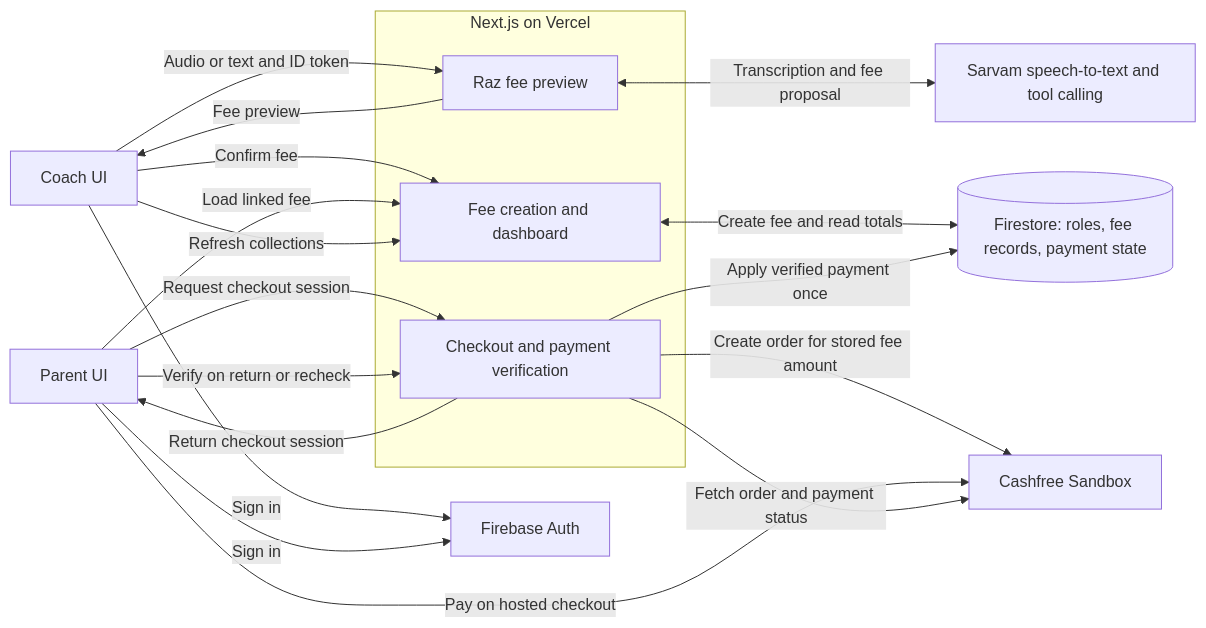
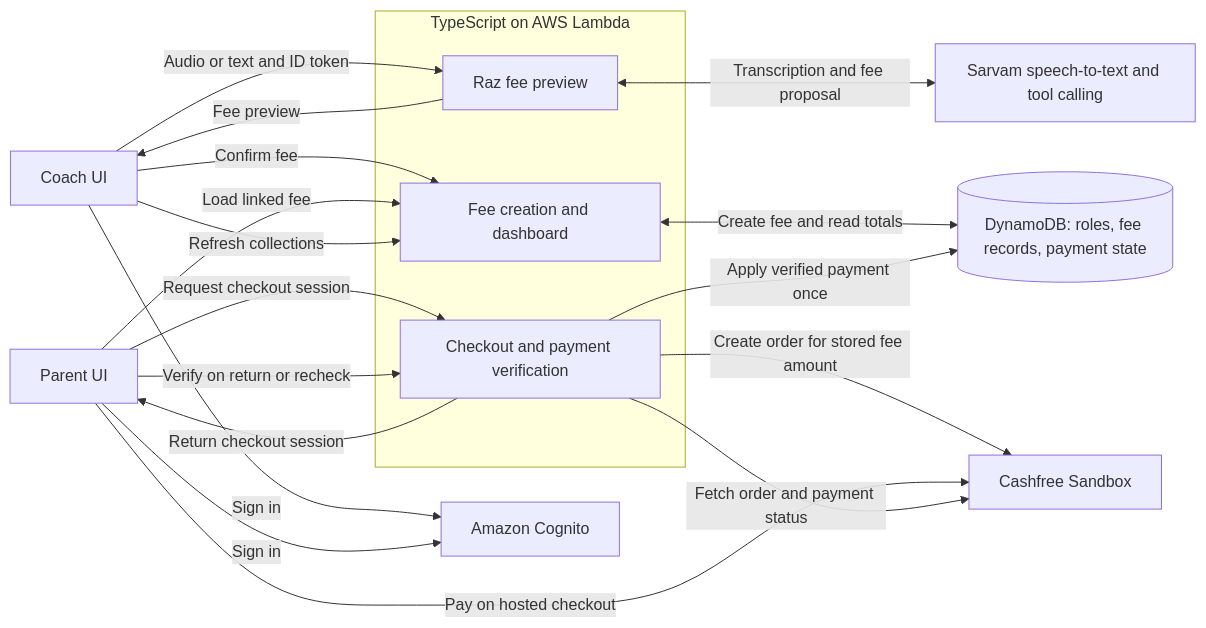
The second of 3 diagrams in docs/ARCHITECTURE.md (Srikanth-2004/Cleansheet), drawn with Mermaid before and after one commit. The commit also changed other lines of this file and 34 other files, not shown here.

Commit message:
feat: scaffold TypeScript AWS Lambda backend

````diff
--- a/docs/ARCHITECTURE.md
+++ b/docs/ARCHITECTURE.md
@@ -27,33 +27,33 @@
 ```mermaid
 flowchart LR
     Coach["Coach UI"]
     Parent["Parent UI"]
-    Auth["Firebase Auth"]
+    Auth["Amazon Cognito"]
 
-    subgraph App["Next.js on Vercel"]
+    subgraph App["TypeScript on AWS Lambda"]
         Raz["Raz fee preview"]
         Fees["Fee creation and dashboard"]
         Payment["Checkout and payment verification"]
     end
 
     Sarvam["Sarvam speech-to-text and tool calling"]
-    DB[("Firestore: roles, fee records, payment state")]
+    DB[("DynamoDB: roles, fee records, payment state")]
     Cashfree["Cashfree Sandbox"]
 
     Coach -->|Sign in| Auth
     Parent -->|Sign in| Auth
     Coach -->|Audio or text and ID token| Raz
     Raz <-->|Transcription and fee proposal| Sarvam
     Raz -->|Fee preview| Coach
     Coach -->|Confirm fee| Fees
     Fees <-->|Create fee and read totals| DB
     Parent -->|Load linked fee| Fees
     Parent -->|Request checkout session| Payment
     Payment -->|Create order for stored fee amount| Cashfree
     Payment -->|Return checkout session| Parent
     Parent -->|Pay on hosted checkout| Cashfree
     Parent -->|Verify on return or recheck| Payment
     Payment -->|Fetch order and payment status| Cashfree
     Payment -->|Apply verified payment once| DB
     Coach -->|Refresh collections| Fees
 ```
````
